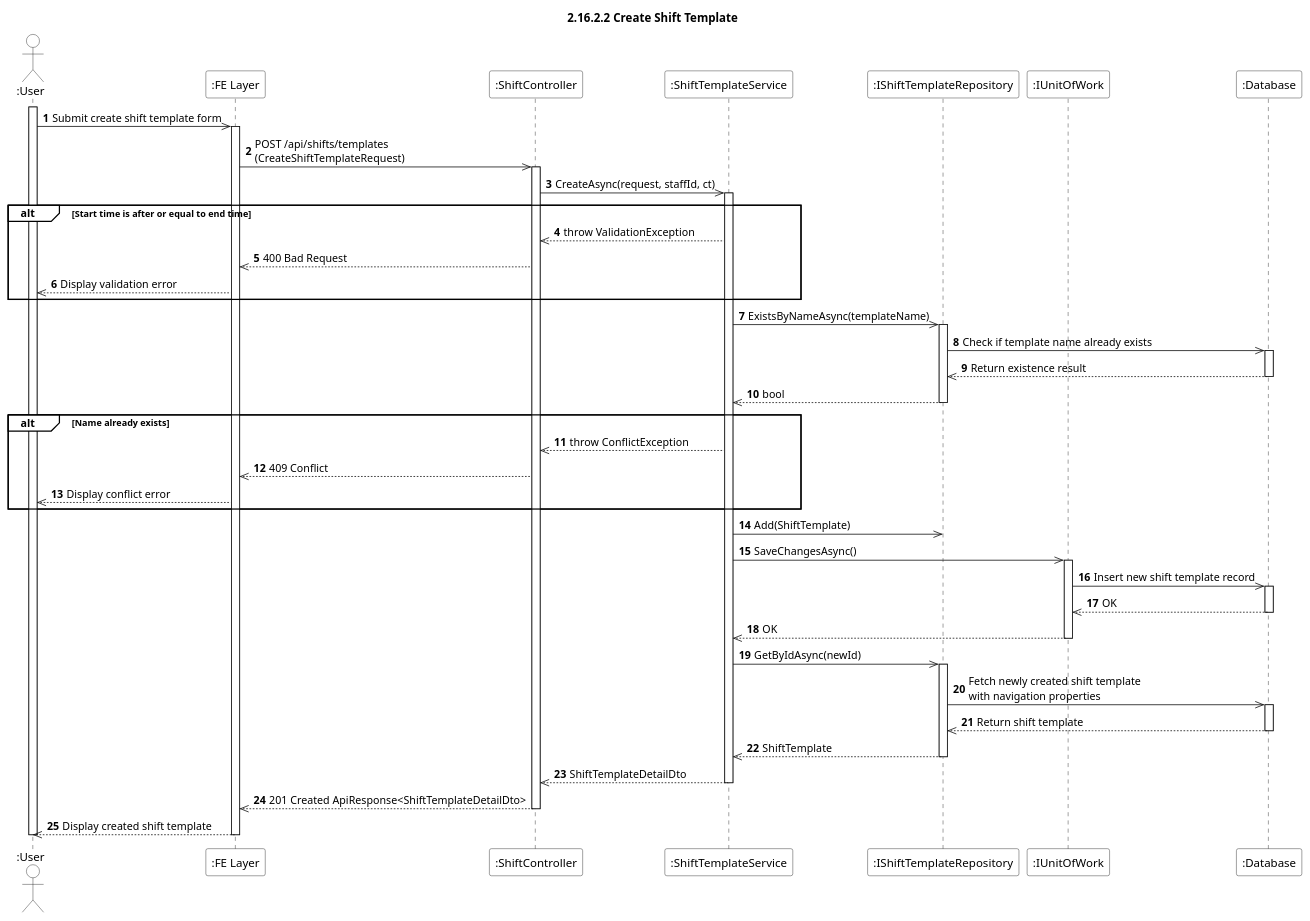
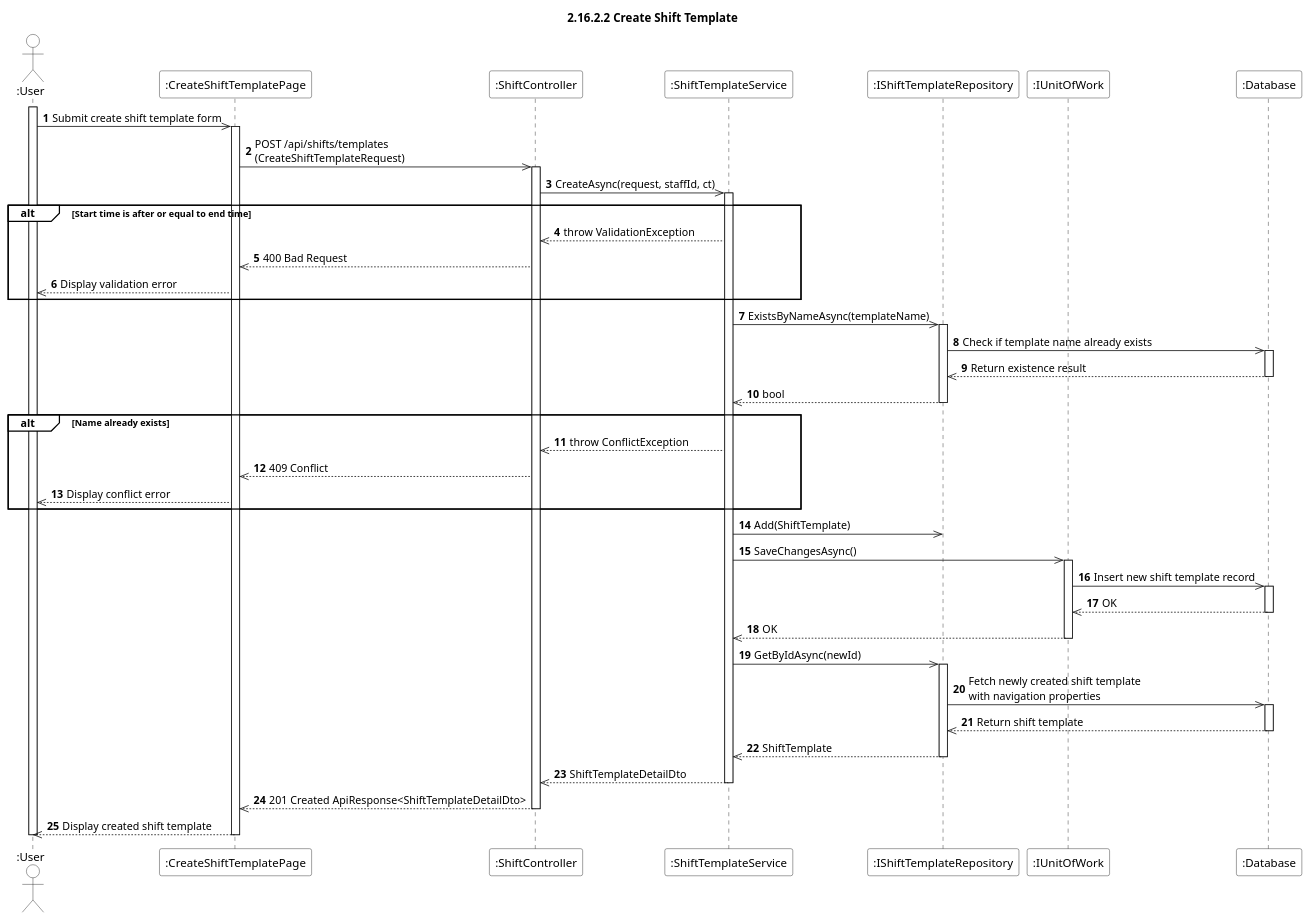
The diagram in Docs/Software Design Specification/Shift Management/sequence-diagrams/2.16.2.2-create-shift-template.puml (aulacvietnameseeatery-source/aulac_be), drawn with PlantUML before and after one commit. The commit also changed 27 other files, not shown here.

First line of the commit message:
Refactor sequence diagrams for Inventory and Shift Management

```diff
--- a/Docs/Software Design Specification/Shift Management/sequence-diagrams/2.16.2.2-create-shift-template.puml
+++ b/Docs/Software Design Specification/Shift Management/sequence-diagrams/2.16.2.2-create-shift-template.puml
@@ -1,73 +1,73 @@
 @startuml
 autonumber
 title 2.16.2.2 Create Shift Template
 skinparam sequence {
     ParticipantBackgroundColor #ffffff
     ActorBackgroundColor #ffffff
 }
 
 actor ":User" as U
-participant ":FE Layer" as Client
+participant ":CreateShiftTemplatePage" as Client
 participant ":ShiftController" as Ctrl
 participant ":ShiftTemplateService" as Svc
 participant ":IShiftTemplateRepository" as Repo
 participant ":IUnitOfWork" as UoW
 participant ":Database" as DB
 
 activate U
 U ->> Client : Submit create shift template form
 activate Client
 Client ->> Ctrl : POST /api/shifts/templates\n(CreateShiftTemplateRequest)
 activate Ctrl
 Ctrl ->> Svc : CreateAsync(request, staffId, ct)
 activate Svc
 
 alt#White Start time is after or equal to end time
     Svc -->> Ctrl : throw ValidationException
     Ctrl -->> Client : 400 Bad Request
     Client -->> U : Display validation error
 end
 
 Svc ->> Repo : ExistsByNameAsync(templateName)
 activate Repo
 Repo ->> DB : Check if template name already exists
 activate DB
 DB -->> Repo : Return existence result
 deactivate DB
 Repo -->> Svc : bool
 deactivate Repo
 
 alt#White Name already exists
     Svc -->> Ctrl : throw ConflictException
     Ctrl -->> Client : 409 Conflict
     Client -->> U : Display conflict error
 end
 
 Svc ->> Repo : Add(ShiftTemplate)
 Svc ->> UoW : SaveChangesAsync()
 activate UoW
 UoW ->> DB : Insert new shift template record
 activate DB
 DB -->> UoW : OK
 deactivate DB
 UoW -->> Svc : OK
 deactivate UoW
 
 Svc ->> Repo : GetByIdAsync(newId)
 activate Repo
 Repo ->> DB : Fetch newly created shift template\nwith navigation properties
 activate DB
 DB -->> Repo : Return shift template
 deactivate DB
 Repo -->> Svc : ShiftTemplate
 deactivate Repo
 
 Svc -->> Ctrl : ShiftTemplateDetailDto
 deactivate Svc
 Ctrl -->> Client : 201 Created ApiResponse<ShiftTemplateDetailDto>
 deactivate Ctrl
 Client -->> U : Display created shift template
 deactivate Client
 deactivate U
 
 @enduml
```
